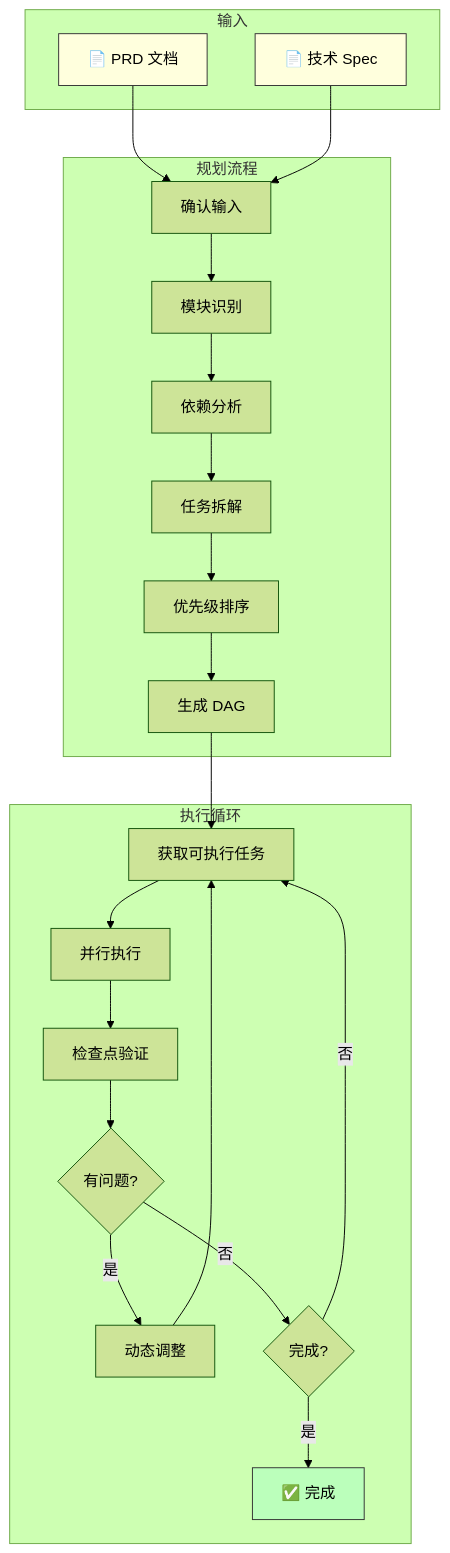
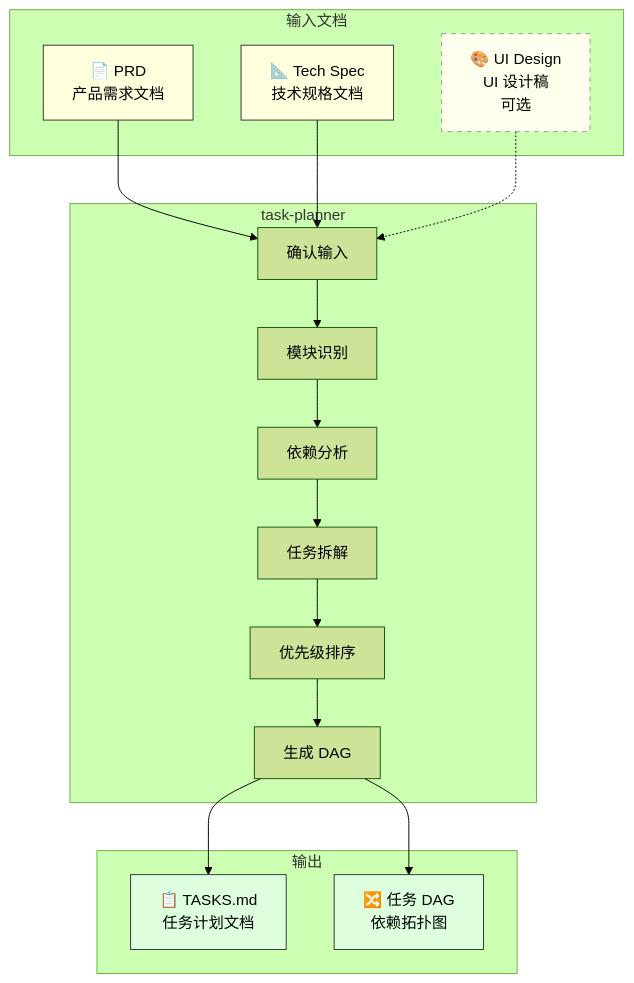
One commit to Coldplay-now/sddproskills changed the third of 5 diagrams in README.md. Above: the diagram before and after it, drawn with Mermaid (forest theme). The commit also changed other lines of this file, not shown here.

First line of the commit message:
docs: clarify task-planner and SDD toolchain roadmap

````diff
--- a/README.md
+++ b/README.md
@@ -45,34 +99,33 @@
 ```mermaid
 flowchart TD
-    subgraph 输入
-        PRD[📄 PRD 文档]
-        Spec[📄 技术 Spec]
+    subgraph 输入文档
+        PRD[📄 PRD<br/>产品需求文档]
+        Spec[📐 Tech Spec<br/>技术规格文档]
+        UI[🎨 UI Design<br/>UI 设计稿<br/>可选]
     end
     
-    subgraph 规划流程
+    subgraph task-planner
         A[确认输入] --> B[模块识别]
         B --> C[依赖分析]
         C --> D[任务拆解]
         D --> E[优先级排序]
         E --> F[生成 DAG]
     end
     
-    subgraph 执行循环
-        G[获取可执行任务] --> H[并行执行]
-        H --> I[检查点验证]
-        I --> J{有问题?}
-        J -->|是| K[动态调整]
-        K --> G
-        J -->|否| L{完成?}
-        L -->|否| G
-        L -->|是| M[✅ 完成]
+    subgraph 输出
+        TASKS[📋 TASKS.md<br/>任务计划文档]
+        DAG[🔀 任务 DAG<br/>依赖拓扑图]
     end
     
     PRD --> A
     Spec --> A
-    F --> G
+    UI -.-> A
+    F --> TASKS
+    F --> DAG
     
     style PRD fill:#ffd,stroke:#333
     style Spec fill:#ffd,stroke:#333
-    style M fill:#bfb,stroke:#333
+    style UI fill:#ffe,stroke:#999,stroke-dasharray: 5 5
+    style TASKS fill:#dfd,stroke:#333
+    style DAG fill:#dfd,stroke:#333
 ```
````
